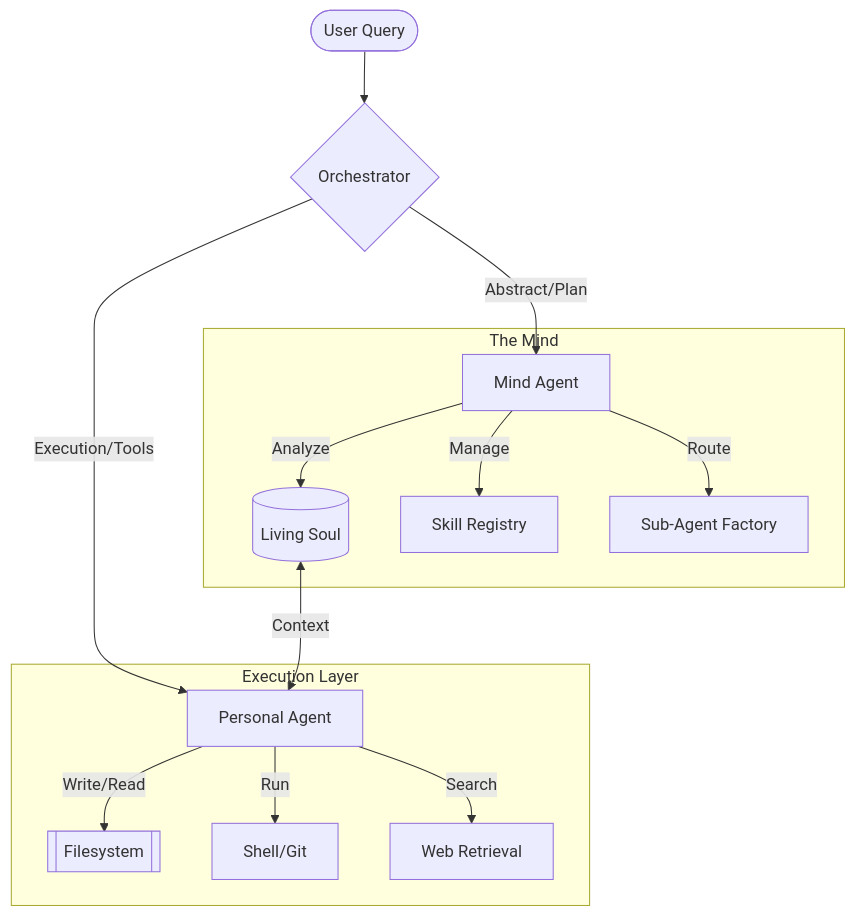
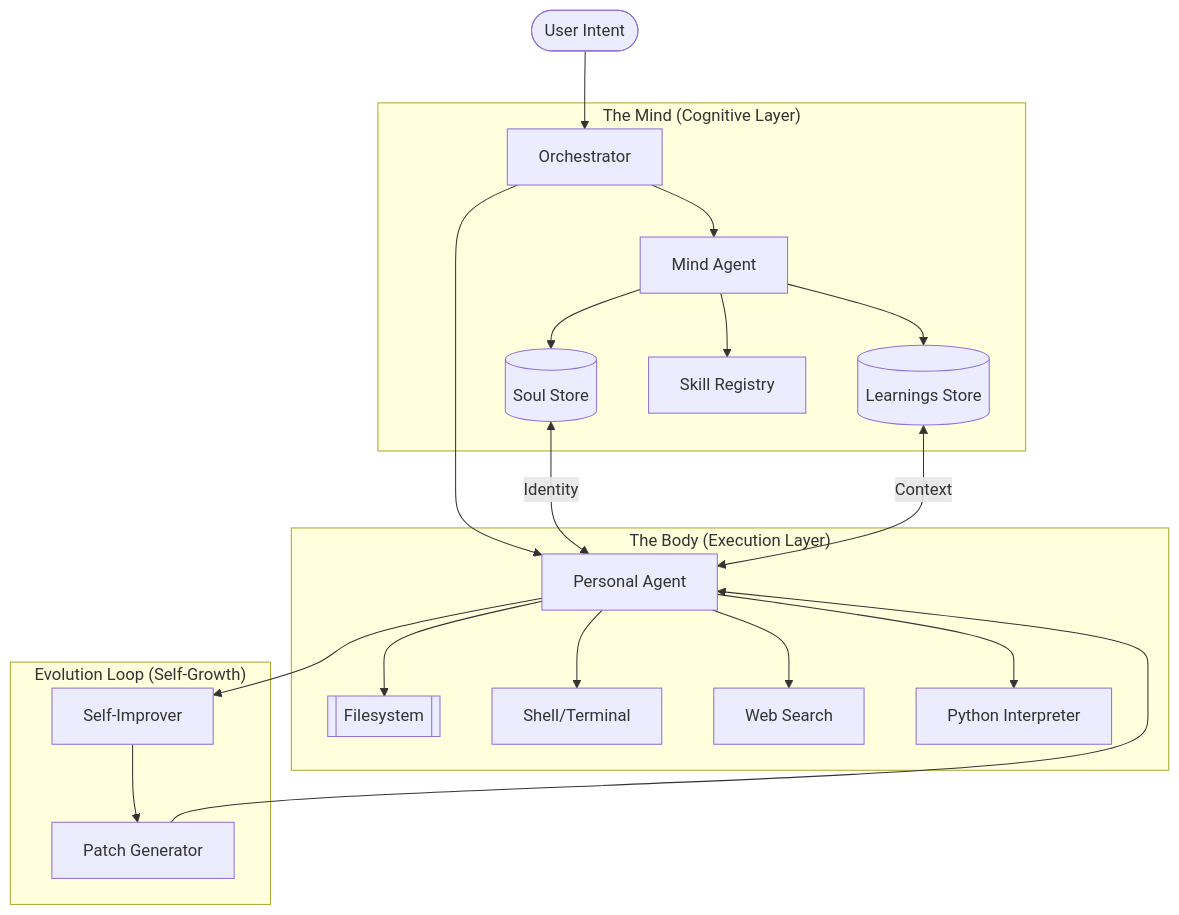
The first of 2 diagrams in README.md (baljotchohan/Lirox), drawn with Mermaid before and after one commit. The commit also changed other lines of this file, not shown here.

````diff
--- a/README.md
+++ b/README.md
@@ -99,20 +47,28 @@
 ```mermaid
 graph TD
-    User([User Query]) --> Orchestrator{Orchestrator}
-    Orchestrator -->|Abstract/Plan| MindAgent[Mind Agent]
-    Orchestrator -->|Execution/Tools| PersonalAgent[Personal Agent]
+    User([User Intent]) --> Orch[Orchestrator]
     
-    subgraph "The Mind"
-    MindAgent -->|Analyze| Soul[(Living Soul)]
-    MindAgent -->|Manage| Skills[Skill Registry]
-    MindAgent -->|Route| Agents[Sub-Agent Factory]
+    subgraph "The Mind (Cognitive Layer)"
+        Orch --> Mind[Mind Agent]
+        Mind --> Soul[(Soul Store)]
+        Mind --> Learn[(Learnings Store)]
+        Mind --> Skills[Skill Registry]
     end
     
-    subgraph "Execution Layer"
-    PersonalAgent -->|Write/Read| Filesystem[[Filesystem]]
-    PersonalAgent -->|Run| Shell[Shell/Git]
-    PersonalAgent -->|Search| Web[Web Retrieval]
+    subgraph "The Body (Execution Layer)"
+        Orch --> PA[Personal Agent]
+        PA --> FS[[Filesystem]]
+        PA --> Shell[Shell/Terminal]
+        PA --> Web[Web Search]
+        PA --> Code[Python Interpreter]
     end
     
-    Soul <--> |Context| PersonalAgent
+    subgraph "Evolution Loop (Self-Growth)"
+        PA --> Logic[Self-Improver]
+        Logic --> Patches[Patch Generator]
+        Patches --> PA
+    end
+
+    Soul <--> |Identity| PA
+    Learn <--> |Context| PA
 ```
````
